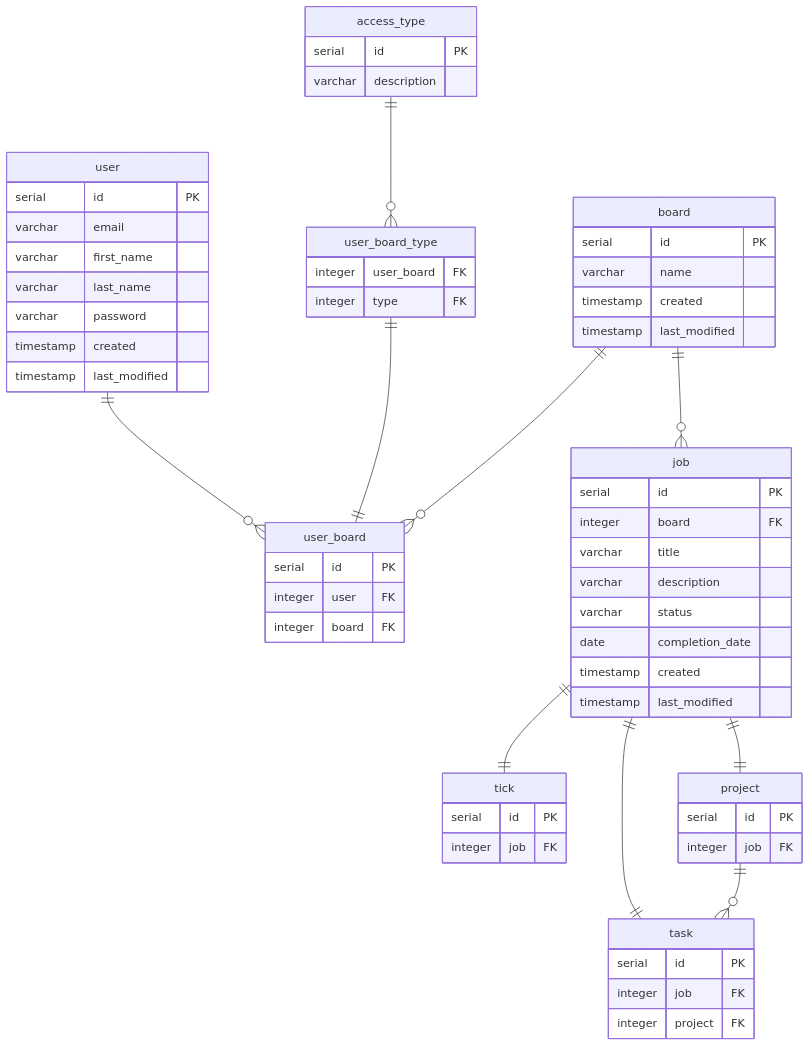
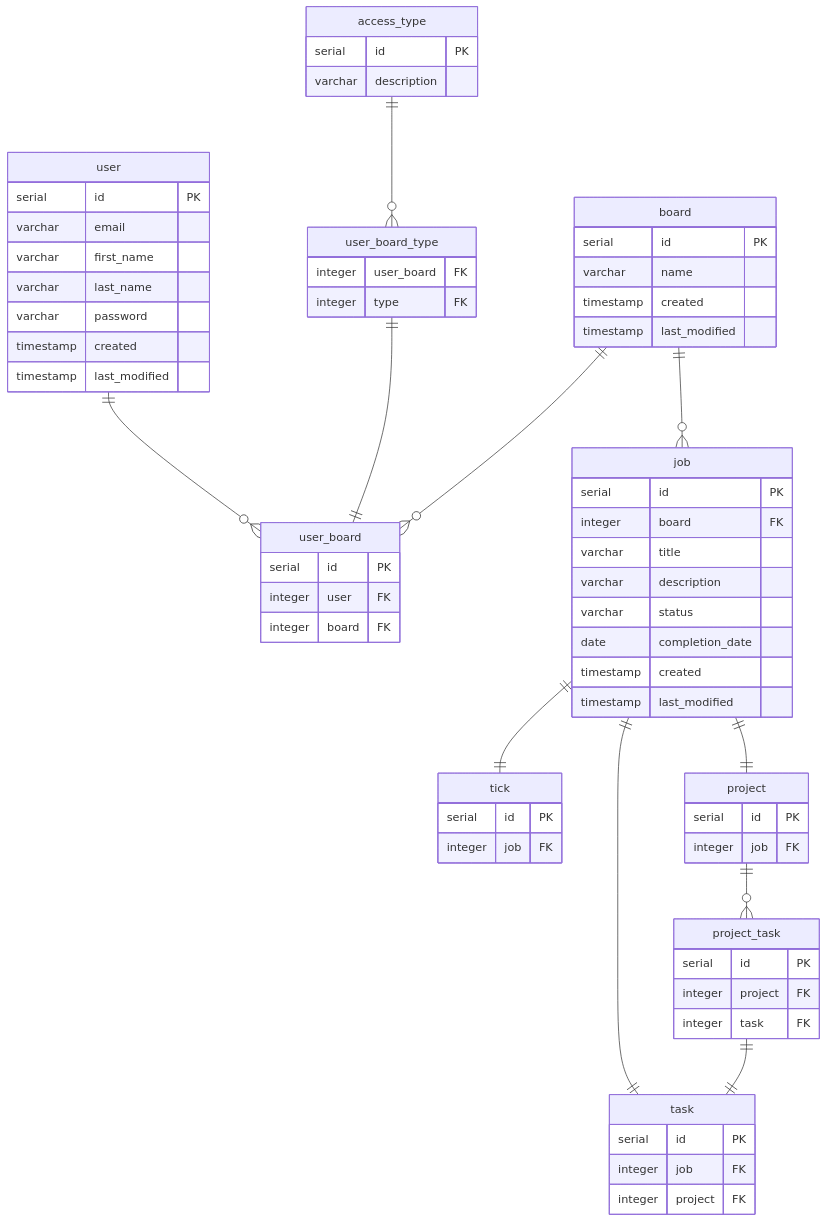
The second of 2 diagrams in README.md (lmckinley09/CoE-Todo), drawn with Mermaid before and after one commit.

````diff
--- a/README.md
+++ b/README.md
@@ -45,73 +45,80 @@
 ```mermaid
 erDiagram
  user ||--o{ user_board : ""
  user_board_type ||--|| user_board : ""
  board ||--o{ user_board : ""
  board ||--o{ job : ""
  access_type ||--o{ user_board_type : ""
  job ||--|| tick : ""
  job ||--|| task : ""
  job ||--|| project : ""
- project ||--o{ task : ""
+ project ||--o{ project_task : ""
+ project_task ||--|| task : ""
 
     user {
         serial id PK
         varchar email
         varchar first_name
         varchar last_name
         varchar password
         timestamp created
         timestamp last_modified
     }
     
     user_board_type {
         integer user_board FK
         integer type FK
     }
     
     user_board {
         serial id PK
         integer user FK
         integer board FK
     }
     
     access_type {
         serial id PK
         varchar description 
     }
     
     board {
         serial id PK
         varchar name
         timestamp created
         timestamp last_modified
     }
     
     job {
         serial id PK
         integer board FK
         varchar title
         varchar description
         varchar status
         date completion_date
         timestamp created
         timestamp last_modified
     }
     
     tick {
         serial id PK
         integer job FK
     }
     
      task {
         serial id PK
         integer job FK
         integer project FK
     }
     
      project {
         serial id PK
         integer job FK
     }
+    
+     project_task {
+        serial id PK
+        integer project FK
+        integer task FK
+    }
 
 ```
````
